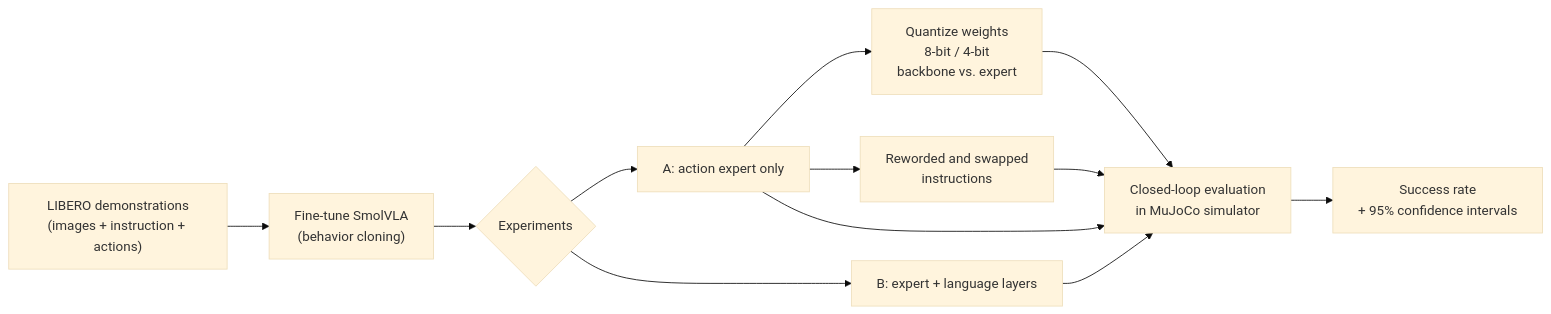
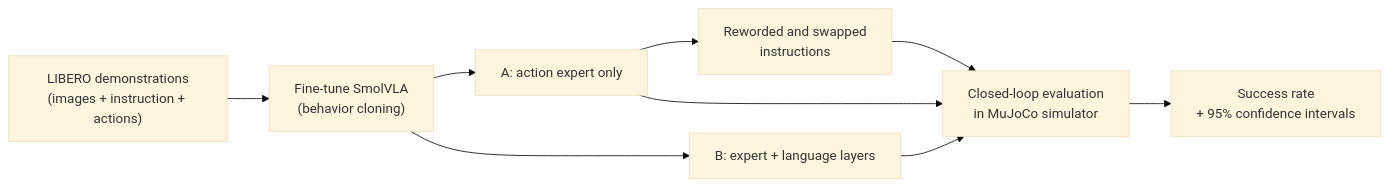
Before and after one commit to arckived/vla-study: the diagram in README.md, drawn with Mermaid (base theme). The commit also changed other lines of this file, not shown here.

````diff
--- a/README.md
+++ b/README.md
@@ -45,14 +69,11 @@
 ```mermaid
 flowchart LR
     A["LIBERO demonstrations<br/>(images + instruction + actions)"] --> B["Fine-tune SmolVLA<br/>(behavior cloning)"]
-    B --> C{"Experiments"}
-    C --> D["A: action expert only"]
-    C --> E["B: expert + language layers"]
-    D --> F["Quantize weights<br/>8-bit / 4-bit<br/>backbone vs. expert"]
-    D --> G["Reworded and swapped<br/>instructions"]
-    D --> H["Closed-loop evaluation<br/>in MuJoCo simulator"]
-    E --> H
-    F --> H
-    G --> H
-    H --> I["Success rate<br/>+ 95% confidence intervals"]
+    B --> C["A: action expert only"]
+    B --> D["B: expert + language layers"]
+    C --> E["Reworded and swapped<br/>instructions"]
+    C --> F["Closed-loop evaluation<br/>in MuJoCo simulator"]
+    D --> F
+    E --> F
+    F --> G["Success rate<br/>+ 95% confidence intervals"]
 ```
````
